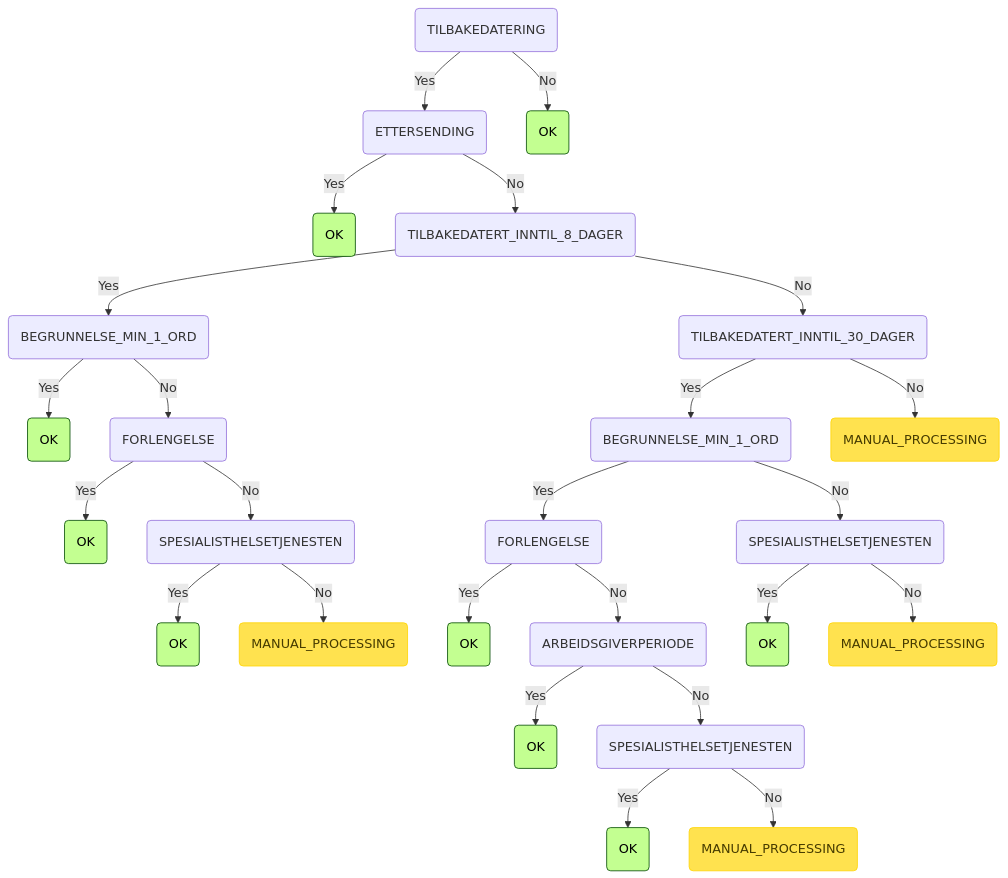
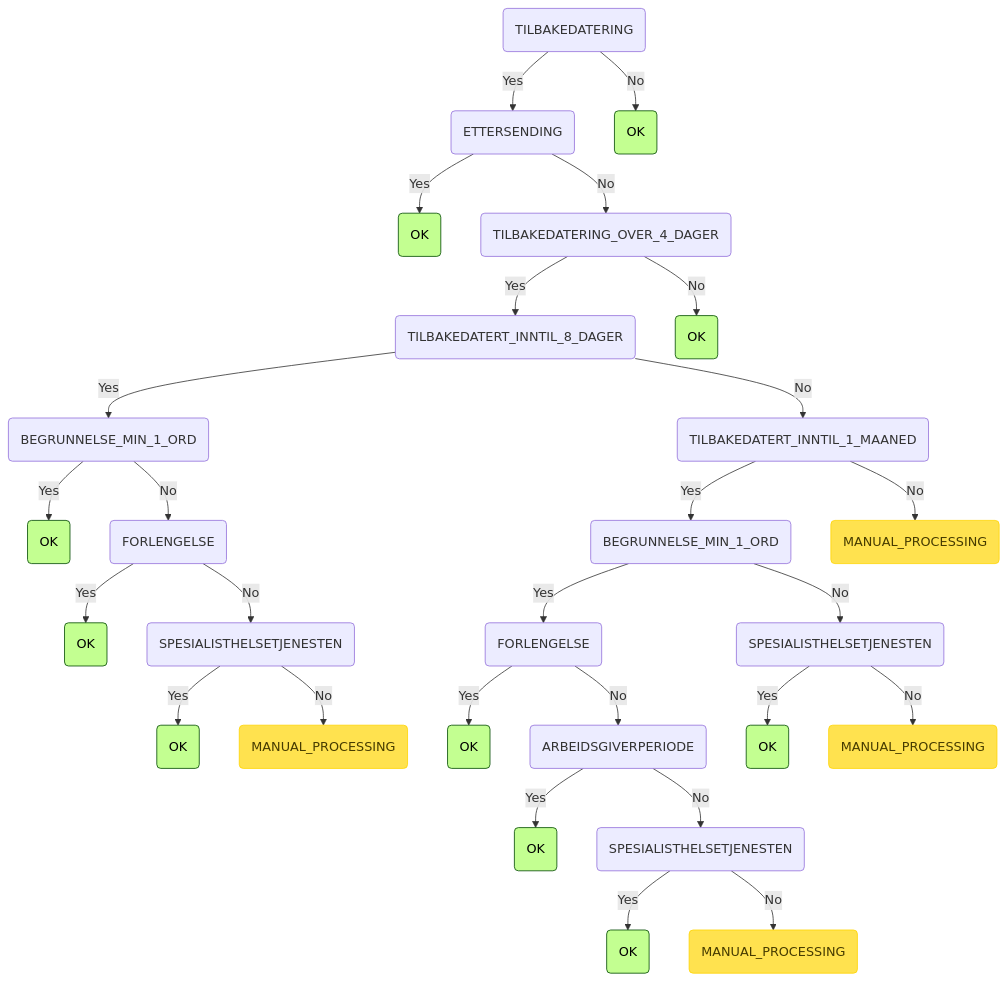
The eighth of 8 diagrams in README.md (navikt/syfosmpapirregler), drawn with Mermaid before and after one commit. The commit also changed 3 other files, not shown here.

````diff
--- a/README.md
+++ b/README.md
@@ -249,30 +249,32 @@
 ```mermaid
 graph TD
     root(TILBAKEDATERING) -->|Yes| root_TILBAKEDATERING_ETTERSENDING(ETTERSENDING)
     root_TILBAKEDATERING_ETTERSENDING(ETTERSENDING) -->|Yes| root_TILBAKEDATERING_ETTERSENDING_OK(OK):::ok
-    root_TILBAKEDATERING_ETTERSENDING(ETTERSENDING) -->|No| root_TILBAKEDATERING_ETTERSENDING_TILBAKEDATERT_INNTIL_8_DAGER(TILBAKEDATERT_INNTIL_8_DAGER)
-    root_TILBAKEDATERING_ETTERSENDING_TILBAKEDATERT_INNTIL_8_DAGER(TILBAKEDATERT_INNTIL_8_DAGER) -->|Yes| root_TILBAKEDATERING_ETTERSENDING_TILBAKEDATERT_INNTIL_8_DAGER_BEGRUNNELSE_MIN_1_ORD(BEGRUNNELSE_MIN_1_ORD)
-    root_TILBAKEDATERING_ETTERSENDING_TILBAKEDATERT_INNTIL_8_DAGER_BEGRUNNELSE_MIN_1_ORD(BEGRUNNELSE_MIN_1_ORD) -->|Yes| root_TILBAKEDATERING_ETTERSENDING_TILBAKEDATERT_INNTIL_8_DAGER_BEGRUNNELSE_MIN_1_ORD_OK(OK):::ok
-    root_TILBAKEDATERING_ETTERSENDING_TILBAKEDATERT_INNTIL_8_DAGER_BEGRUNNELSE_MIN_1_ORD(BEGRUNNELSE_MIN_1_ORD) -->|No| root_TILBAKEDATERING_ETTERSENDING_TILBAKEDATERT_INNTIL_8_DAGER_BEGRUNNELSE_MIN_1_ORD_FORLENGELSE(FORLENGELSE)
-    root_TILBAKEDATERING_ETTERSENDING_TILBAKEDATERT_INNTIL_8_DAGER_BEGRUNNELSE_MIN_1_ORD_FORLENGELSE(FORLENGELSE) -->|Yes| root_TILBAKEDATERING_ETTERSENDING_TILBAKEDATERT_INNTIL_8_DAGER_BEGRUNNELSE_MIN_1_ORD_FORLENGELSE_OK(OK):::ok
-    root_TILBAKEDATERING_ETTERSENDING_TILBAKEDATERT_INNTIL_8_DAGER_BEGRUNNELSE_MIN_1_ORD_FORLENGELSE(FORLENGELSE) -->|No| root_TILBAKEDATERING_ETTERSENDING_TILBAKEDATERT_INNTIL_8_DAGER_BEGRUNNELSE_MIN_1_ORD_FORLENGELSE_SPESIALISTHELSETJENESTEN(SPESIALISTHELSETJENESTEN)
-    root_TILBAKEDATERING_ETTERSENDING_TILBAKEDATERT_INNTIL_8_DAGER_BEGRUNNELSE_MIN_1_ORD_FORLENGELSE_SPESIALISTHELSETJENESTEN(SPESIALISTHELSETJENESTEN) -->|Yes| root_TILBAKEDATERING_ETTERSENDING_TILBAKEDATERT_INNTIL_8_DAGER_BEGRUNNELSE_MIN_1_ORD_FORLENGELSE_SPESIALISTHELSETJENESTEN_OK(OK):::ok
-    root_TILBAKEDATERING_ETTERSENDING_TILBAKEDATERT_INNTIL_8_DAGER_BEGRUNNELSE_MIN_1_ORD_FORLENGELSE_SPESIALISTHELSETJENESTEN(SPESIALISTHELSETJENESTEN) -->|No| root_TILBAKEDATERING_ETTERSENDING_TILBAKEDATERT_INNTIL_8_DAGER_BEGRUNNELSE_MIN_1_ORD_FORLENGELSE_SPESIALISTHELSETJENESTEN_MANUAL_PROCESSING(MANUAL_PROCESSING):::manuell
-    root_TILBAKEDATERING_ETTERSENDING_TILBAKEDATERT_INNTIL_8_DAGER(TILBAKEDATERT_INNTIL_8_DAGER) -->|No| root_TILBAKEDATERING_ETTERSENDING_TILBAKEDATERT_INNTIL_8_DAGER_TILBAKEDATERT_INNTIL_30_DAGER(TILBAKEDATERT_INNTIL_30_DAGER)
-    root_TILBAKEDATERING_ETTERSENDING_TILBAKEDATERT_INNTIL_8_DAGER_TILBAKEDATERT_INNTIL_30_DAGER(TILBAKEDATERT_INNTIL_30_DAGER) -->|Yes| root_TILBAKEDATERING_ETTERSENDING_TILBAKEDATERT_INNTIL_8_DAGER_TILBAKEDATERT_INNTIL_30_DAGER_BEGRUNNELSE_MIN_1_ORD(BEGRUNNELSE_MIN_1_ORD)
-    root_TILBAKEDATERING_ETTERSENDING_TILBAKEDATERT_INNTIL_8_DAGER_TILBAKEDATERT_INNTIL_30_DAGER_BEGRUNNELSE_MIN_1_ORD(BEGRUNNELSE_MIN_1_ORD) -->|Yes| root_TILBAKEDATERING_ETTERSENDING_TILBAKEDATERT_INNTIL_8_DAGER_TILBAKEDATERT_INNTIL_30_DAGER_BEGRUNNELSE_MIN_1_ORD_FORLENGELSE(FORLENGELSE)
-    root_TILBAKEDATERING_ETTERSENDING_TILBAKEDATERT_INNTIL_8_DAGER_TILBAKEDATERT_INNTIL_30_DAGER_BEGRUNNELSE_MIN_1_ORD_FORLENGELSE(FORLENGELSE) -->|Yes| root_TILBAKEDATERING_ETTERSENDING_TILBAKEDATERT_INNTIL_8_DAGER_TILBAKEDATERT_INNTIL_30_DAGER_BEGRUNNELSE_MIN_1_ORD_FORLENGELSE_OK(OK):::ok
-    root_TILBAKEDATERING_ETTERSENDING_TILBAKEDATERT_INNTIL_8_DAGER_TILBAKEDATERT_INNTIL_30_DAGER_BEGRUNNELSE_MIN_1_ORD_FORLENGELSE(FORLENGELSE) -->|No| root_TILBAKEDATERING_ETTERSENDING_TILBAKEDATERT_INNTIL_8_DAGER_TILBAKEDATERT_INNTIL_30_DAGER_BEGRUNNELSE_MIN_1_ORD_FORLENGELSE_ARBEIDSGIVERPERIODE(ARBEIDSGIVERPERIODE)
-    root_TILBAKEDATERING_ETTERSENDING_TILBAKEDATERT_INNTIL_8_DAGER_TILBAKEDATERT_INNTIL_30_DAGER_BEGRUNNELSE_MIN_1_ORD_FORLENGELSE_ARBEIDSGIVERPERIODE(ARBEIDSGIVERPERIODE) -->|Yes| root_TILBAKEDATERING_ETTERSENDING_TILBAKEDATERT_INNTIL_8_DAGER_TILBAKEDATERT_INNTIL_30_DAGER_BEGRUNNELSE_MIN_1_ORD_FORLENGELSE_ARBEIDSGIVERPERIODE_OK(OK):::ok
-    root_TILBAKEDATERING_ETTERSENDING_TILBAKEDATERT_INNTIL_8_DAGER_TILBAKEDATERT_INNTIL_30_DAGER_BEGRUNNELSE_MIN_1_ORD_FORLENGELSE_ARBEIDSGIVERPERIODE(ARBEIDSGIVERPERIODE) -->|No| root_TILBAKEDATERING_ETTERSENDING_TILBAKEDATERT_INNTIL_8_DAGER_TILBAKEDATERT_INNTIL_30_DAGER_BEGRUNNELSE_MIN_1_ORD_FORLENGELSE_ARBEIDSGIVERPERIODE_SPESIALISTHELSETJENESTEN(SPESIALISTHELSETJENESTEN)
-    root_TILBAKEDATERING_ETTERSENDING_TILBAKEDATERT_INNTIL_8_DAGER_TILBAKEDATERT_INNTIL_30_DAGER_BEGRUNNELSE_MIN_1_ORD_FORLENGELSE_ARBEIDSGIVERPERIODE_SPESIALISTHELSETJENESTEN(SPESIALISTHELSETJENESTEN) -->|Yes| root_TILBAKEDATERING_ETTERSENDING_TILBAKEDATERT_INNTIL_8_DAGER_TILBAKEDATERT_INNTIL_30_DAGER_BEGRUNNELSE_MIN_1_ORD_FORLENGELSE_ARBEIDSGIVERPERIODE_SPESIALISTHELSETJENESTEN_OK(OK):::ok
-    root_TILBAKEDATERING_ETTERSENDING_TILBAKEDATERT_INNTIL_8_DAGER_TILBAKEDATERT_INNTIL_30_DAGER_BEGRUNNELSE_MIN_1_ORD_FORLENGELSE_ARBEIDSGIVERPERIODE_SPESIALISTHELSETJENESTEN(SPESIALISTHELSETJENESTEN) -->|No| root_TILBAKEDATERING_ETTERSENDING_TILBAKEDATERT_INNTIL_8_DAGER_TILBAKEDATERT_INNTIL_30_DAGER_BEGRUNNELSE_MIN_1_ORD_FORLENGELSE_ARBEIDSGIVERPERIODE_SPESIALISTHELSETJENESTEN_MANUAL_PROCESSING(MANUAL_PROCESSING):::manuell
-    root_TILBAKEDATERING_ETTERSENDING_TILBAKEDATERT_INNTIL_8_DAGER_TILBAKEDATERT_INNTIL_30_DAGER_BEGRUNNELSE_MIN_1_ORD(BEGRUNNELSE_MIN_1_ORD) -->|No| root_TILBAKEDATERING_ETTERSENDING_TILBAKEDATERT_INNTIL_8_DAGER_TILBAKEDATERT_INNTIL_30_DAGER_BEGRUNNELSE_MIN_1_ORD_SPESIALISTHELSETJENESTEN(SPESIALISTHELSETJENESTEN)
-    root_TILBAKEDATERING_ETTERSENDING_TILBAKEDATERT_INNTIL_8_DAGER_TILBAKEDATERT_INNTIL_30_DAGER_BEGRUNNELSE_MIN_1_ORD_SPESIALISTHELSETJENESTEN(SPESIALISTHELSETJENESTEN) -->|Yes| root_TILBAKEDATERING_ETTERSENDING_TILBAKEDATERT_INNTIL_8_DAGER_TILBAKEDATERT_INNTIL_30_DAGER_BEGRUNNELSE_MIN_1_ORD_SPESIALISTHELSETJENESTEN_OK(OK):::ok
-    root_TILBAKEDATERING_ETTERSENDING_TILBAKEDATERT_INNTIL_8_DAGER_TILBAKEDATERT_INNTIL_30_DAGER_BEGRUNNELSE_MIN_1_ORD_SPESIALISTHELSETJENESTEN(SPESIALISTHELSETJENESTEN) -->|No| root_TILBAKEDATERING_ETTERSENDING_TILBAKEDATERT_INNTIL_8_DAGER_TILBAKEDATERT_INNTIL_30_DAGER_BEGRUNNELSE_MIN_1_ORD_SPESIALISTHELSETJENESTEN_MANUAL_PROCESSING(MANUAL_PROCESSING):::manuell
-    root_TILBAKEDATERING_ETTERSENDING_TILBAKEDATERT_INNTIL_8_DAGER_TILBAKEDATERT_INNTIL_30_DAGER(TILBAKEDATERT_INNTIL_30_DAGER) -->|No| root_TILBAKEDATERING_ETTERSENDING_TILBAKEDATERT_INNTIL_8_DAGER_TILBAKEDATERT_INNTIL_30_DAGER_MANUAL_PROCESSING(MANUAL_PROCESSING):::manuell
+    root_TILBAKEDATERING_ETTERSENDING(ETTERSENDING) -->|No| root_TILBAKEDATERING_ETTERSENDING_TILBAKEDATERING_OVER_4_DAGER(TILBAKEDATERING_OVER_4_DAGER)
+    root_TILBAKEDATERING_ETTERSENDING_TILBAKEDATERING_OVER_4_DAGER(TILBAKEDATERING_OVER_4_DAGER) -->|Yes| root_TILBAKEDATERING_ETTERSENDING_TILBAKEDATERING_OVER_4_DAGER_TILBAKEDATERT_INNTIL_8_DAGER(TILBAKEDATERT_INNTIL_8_DAGER)
+    root_TILBAKEDATERING_ETTERSENDING_TILBAKEDATERING_OVER_4_DAGER_TILBAKEDATERT_INNTIL_8_DAGER(TILBAKEDATERT_INNTIL_8_DAGER) -->|Yes| root_TILBAKEDATERING_ETTERSENDING_TILBAKEDATERING_OVER_4_DAGER_TILBAKEDATERT_INNTIL_8_DAGER_BEGRUNNELSE_MIN_1_ORD(BEGRUNNELSE_MIN_1_ORD)
+    root_TILBAKEDATERING_ETTERSENDING_TILBAKEDATERING_OVER_4_DAGER_TILBAKEDATERT_INNTIL_8_DAGER_BEGRUNNELSE_MIN_1_ORD(BEGRUNNELSE_MIN_1_ORD) -->|Yes| root_TILBAKEDATERING_ETTERSENDING_TILBAKEDATERING_OVER_4_DAGER_TILBAKEDATERT_INNTIL_8_DAGER_BEGRUNNELSE_MIN_1_ORD_OK(OK):::ok
+    root_TILBAKEDATERING_ETTERSENDING_TILBAKEDATERING_OVER_4_DAGER_TILBAKEDATERT_INNTIL_8_DAGER_BEGRUNNELSE_MIN_1_ORD(BEGRUNNELSE_MIN_1_ORD) -->|No| root_TILBAKEDATERING_ETTERSENDING_TILBAKEDATERING_OVER_4_DAGER_TILBAKEDATERT_INNTIL_8_DAGER_BEGRUNNELSE_MIN_1_ORD_FORLENGELSE(FORLENGELSE)
+    root_TILBAKEDATERING_ETTERSENDING_TILBAKEDATERING_OVER_4_DAGER_TILBAKEDATERT_INNTIL_8_DAGER_BEGRUNNELSE_MIN_1_ORD_FORLENGELSE(FORLENGELSE) -->|Yes| root_TILBAKEDATERING_ETTERSENDING_TILBAKEDATERING_OVER_4_DAGER_TILBAKEDATERT_INNTIL_8_DAGER_BEGRUNNELSE_MIN_1_ORD_FORLENGELSE_OK(OK):::ok
+    root_TILBAKEDATERING_ETTERSENDING_TILBAKEDATERING_OVER_4_DAGER_TILBAKEDATERT_INNTIL_8_DAGER_BEGRUNNELSE_MIN_1_ORD_FORLENGELSE(FORLENGELSE) -->|No| root_TILBAKEDATERING_ETTERSENDING_TILBAKEDATERING_OVER_4_DAGER_TILBAKEDATERT_INNTIL_8_DAGER_BEGRUNNELSE_MIN_1_ORD_FORLENGELSE_SPESIALISTHELSETJENESTEN(SPESIALISTHELSETJENESTEN)
+    root_TILBAKEDATERING_ETTERSENDING_TILBAKEDATERING_OVER_4_DAGER_TILBAKEDATERT_INNTIL_8_DAGER_BEGRUNNELSE_MIN_1_ORD_FORLENGELSE_SPESIALISTHELSETJENESTEN(SPESIALISTHELSETJENESTEN) -->|Yes| root_TILBAKEDATERING_ETTERSENDING_TILBAKEDATERING_OVER_4_DAGER_TILBAKEDATERT_INNTIL_8_DAGER_BEGRUNNELSE_MIN_1_ORD_FORLENGELSE_SPESIALISTHELSETJENESTEN_OK(OK):::ok
+    root_TILBAKEDATERING_ETTERSENDING_TILBAKEDATERING_OVER_4_DAGER_TILBAKEDATERT_INNTIL_8_DAGER_BEGRUNNELSE_MIN_1_ORD_FORLENGELSE_SPESIALISTHELSETJENESTEN(SPESIALISTHELSETJENESTEN) -->|No| root_TILBAKEDATERING_ETTERSENDING_TILBAKEDATERING_OVER_4_DAGER_TILBAKEDATERT_INNTIL_8_DAGER_BEGRUNNELSE_MIN_1_ORD_FORLENGELSE_SPESIALISTHELSETJENESTEN_MANUAL_PROCESSING(MANUAL_PROCESSING):::manuell
+    root_TILBAKEDATERING_ETTERSENDING_TILBAKEDATERING_OVER_4_DAGER_TILBAKEDATERT_INNTIL_8_DAGER(TILBAKEDATERT_INNTIL_8_DAGER) -->|No| root_TILBAKEDATERING_ETTERSENDING_TILBAKEDATERING_OVER_4_DAGER_TILBAKEDATERT_INNTIL_8_DAGER_TILBAKEDATERT_INNTIL_1_MAANED(TILBAKEDATERT_INNTIL_1_MAANED)
+    root_TILBAKEDATERING_ETTERSENDING_TILBAKEDATERING_OVER_4_DAGER_TILBAKEDATERT_INNTIL_8_DAGER_TILBAKEDATERT_INNTIL_1_MAANED(TILBAKEDATERT_INNTIL_1_MAANED) -->|Yes| root_TILBAKEDATERING_ETTERSENDING_TILBAKEDATERING_OVER_4_DAGER_TILBAKEDATERT_INNTIL_8_DAGER_TILBAKEDATERT_INNTIL_1_MAANED_BEGRUNNELSE_MIN_1_ORD(BEGRUNNELSE_MIN_1_ORD)
+    root_TILBAKEDATERING_ETTERSENDING_TILBAKEDATERING_OVER_4_DAGER_TILBAKEDATERT_INNTIL_8_DAGER_TILBAKEDATERT_INNTIL_1_MAANED_BEGRUNNELSE_MIN_1_ORD(BEGRUNNELSE_MIN_1_ORD) -->|Yes| root_TILBAKEDATERING_ETTERSENDING_TILBAKEDATERING_OVER_4_DAGER_TILBAKEDATERT_INNTIL_8_DAGER_TILBAKEDATERT_INNTIL_1_MAANED_BEGRUNNELSE_MIN_1_ORD_FORLENGELSE(FORLENGELSE)
+    root_TILBAKEDATERING_ETTERSENDING_TILBAKEDATERING_OVER_4_DAGER_TILBAKEDATERT_INNTIL_8_DAGER_TILBAKEDATERT_INNTIL_1_MAANED_BEGRUNNELSE_MIN_1_ORD_FORLENGELSE(FORLENGELSE) -->|Yes| root_TILBAKEDATERING_ETTERSENDING_TILBAKEDATERING_OVER_4_DAGER_TILBAKEDATERT_INNTIL_8_DAGER_TILBAKEDATERT_INNTIL_1_MAANED_BEGRUNNELSE_MIN_1_ORD_FORLENGELSE_OK(OK):::ok
+    root_TILBAKEDATERING_ETTERSENDING_TILBAKEDATERING_OVER_4_DAGER_TILBAKEDATERT_INNTIL_8_DAGER_TILBAKEDATERT_INNTIL_1_MAANED_BEGRUNNELSE_MIN_1_ORD_FORLENGELSE(FORLENGELSE) -->|No| root_TILBAKEDATERING_ETTERSENDING_TILBAKEDATERING_OVER_4_DAGER_TILBAKEDATERT_INNTIL_8_DAGER_TILBAKEDATERT_INNTIL_1_MAANED_BEGRUNNELSE_MIN_1_ORD_FORLENGELSE_ARBEIDSGIVERPERIODE(ARBEIDSGIVERPERIODE)
+    root_TILBAKEDATERING_ETTERSENDING_TILBAKEDATERING_OVER_4_DAGER_TILBAKEDATERT_INNTIL_8_DAGER_TILBAKEDATERT_INNTIL_1_MAANED_BEGRUNNELSE_MIN_1_ORD_FORLENGELSE_ARBEIDSGIVERPERIODE(ARBEIDSGIVERPERIODE) -->|Yes| root_TILBAKEDATERING_ETTERSENDING_TILBAKEDATERING_OVER_4_DAGER_TILBAKEDATERT_INNTIL_8_DAGER_TILBAKEDATERT_INNTIL_1_MAANED_BEGRUNNELSE_MIN_1_ORD_FORLENGELSE_ARBEIDSGIVERPERIODE_OK(OK):::ok
+    root_TILBAKEDATERING_ETTERSENDING_TILBAKEDATERING_OVER_4_DAGER_TILBAKEDATERT_INNTIL_8_DAGER_TILBAKEDATERT_INNTIL_1_MAANED_BEGRUNNELSE_MIN_1_ORD_FORLENGELSE_ARBEIDSGIVERPERIODE(ARBEIDSGIVERPERIODE) -->|No| root_TILBAKEDATERING_ETTERSENDING_TILBAKEDATERING_OVER_4_DAGER_TILBAKEDATERT_INNTIL_8_DAGER_TILBAKEDATERT_INNTIL_1_MAANED_BEGRUNNELSE_MIN_1_ORD_FORLENGELSE_ARBEIDSGIVERPERIODE_SPESIALISTHELSETJENESTEN(SPESIALISTHELSETJENESTEN)
+    root_TILBAKEDATERING_ETTERSENDING_TILBAKEDATERING_OVER_4_DAGER_TILBAKEDATERT_INNTIL_8_DAGER_TILBAKEDATERT_INNTIL_1_MAANED_BEGRUNNELSE_MIN_1_ORD_FORLENGELSE_ARBEIDSGIVERPERIODE_SPESIALISTHELSETJENESTEN(SPESIALISTHELSETJENESTEN) -->|Yes| root_TILBAKEDATERING_ETTERSENDING_TILBAKEDATERING_OVER_4_DAGER_TILBAKEDATERT_INNTIL_8_DAGER_TILBAKEDATERT_INNTIL_1_MAANED_BEGRUNNELSE_MIN_1_ORD_FORLENGELSE_ARBEIDSGIVERPERIODE_SPESIALISTHELSETJENESTEN_OK(OK):::ok
+    root_TILBAKEDATERING_ETTERSENDING_TILBAKEDATERING_OVER_4_DAGER_TILBAKEDATERT_INNTIL_8_DAGER_TILBAKEDATERT_INNTIL_1_MAANED_BEGRUNNELSE_MIN_1_ORD_FORLENGELSE_ARBEIDSGIVERPERIODE_SPESIALISTHELSETJENESTEN(SPESIALISTHELSETJENESTEN) -->|No| root_TILBAKEDATERING_ETTERSENDING_TILBAKEDATERING_OVER_4_DAGER_TILBAKEDATERT_INNTIL_8_DAGER_TILBAKEDATERT_INNTIL_1_MAANED_BEGRUNNELSE_MIN_1_ORD_FORLENGELSE_ARBEIDSGIVERPERIODE_SPESIALISTHELSETJENESTEN_MANUAL_PROCESSING(MANUAL_PROCESSING):::manuell
+    root_TILBAKEDATERING_ETTERSENDING_TILBAKEDATERING_OVER_4_DAGER_TILBAKEDATERT_INNTIL_8_DAGER_TILBAKEDATERT_INNTIL_1_MAANED_BEGRUNNELSE_MIN_1_ORD(BEGRUNNELSE_MIN_1_ORD) -->|No| root_TILBAKEDATERING_ETTERSENDING_TILBAKEDATERING_OVER_4_DAGER_TILBAKEDATERT_INNTIL_8_DAGER_TILBAKEDATERT_INNTIL_1_MAANED_BEGRUNNELSE_MIN_1_ORD_SPESIALISTHELSETJENESTEN(SPESIALISTHELSETJENESTEN)
+    root_TILBAKEDATERING_ETTERSENDING_TILBAKEDATERING_OVER_4_DAGER_TILBAKEDATERT_INNTIL_8_DAGER_TILBAKEDATERT_INNTIL_1_MAANED_BEGRUNNELSE_MIN_1_ORD_SPESIALISTHELSETJENESTEN(SPESIALISTHELSETJENESTEN) -->|Yes| root_TILBAKEDATERING_ETTERSENDING_TILBAKEDATERING_OVER_4_DAGER_TILBAKEDATERT_INNTIL_8_DAGER_TILBAKEDATERT_INNTIL_1_MAANED_BEGRUNNELSE_MIN_1_ORD_SPESIALISTHELSETJENESTEN_OK(OK):::ok
+    root_TILBAKEDATERING_ETTERSENDING_TILBAKEDATERING_OVER_4_DAGER_TILBAKEDATERT_INNTIL_8_DAGER_TILBAKEDATERT_INNTIL_1_MAANED_BEGRUNNELSE_MIN_1_ORD_SPESIALISTHELSETJENESTEN(SPESIALISTHELSETJENESTEN) -->|No| root_TILBAKEDATERING_ETTERSENDING_TILBAKEDATERING_OVER_4_DAGER_TILBAKEDATERT_INNTIL_8_DAGER_TILBAKEDATERT_INNTIL_1_MAANED_BEGRUNNELSE_MIN_1_ORD_SPESIALISTHELSETJENESTEN_MANUAL_PROCESSING(MANUAL_PROCESSING):::manuell
+    root_TILBAKEDATERING_ETTERSENDING_TILBAKEDATERING_OVER_4_DAGER_TILBAKEDATERT_INNTIL_8_DAGER_TILBAKEDATERT_INNTIL_1_MAANED(TILBAKEDATERT_INNTIL_1_MAANED) -->|No| root_TILBAKEDATERING_ETTERSENDING_TILBAKEDATERING_OVER_4_DAGER_TILBAKEDATERT_INNTIL_8_DAGER_TILBAKEDATERT_INNTIL_1_MAANED_MANUAL_PROCESSING(MANUAL_PROCESSING):::manuell
+    root_TILBAKEDATERING_ETTERSENDING_TILBAKEDATERING_OVER_4_DAGER(TILBAKEDATERING_OVER_4_DAGER) -->|No| root_TILBAKEDATERING_ETTERSENDING_TILBAKEDATERING_OVER_4_DAGER_OK(OK):::ok
     root(TILBAKEDATERING) -->|No| root_TILBAKEDATERING_OK(OK):::ok
     classDef ok fill:#c3ff91,stroke:#004a00,color: black;
     classDef invalid fill:#ff7373,stroke:#ff0000,color: black;
     classDef manuell fill:#ffe24f,stroke:#ffd500,color: #473c00;
 ```
````
